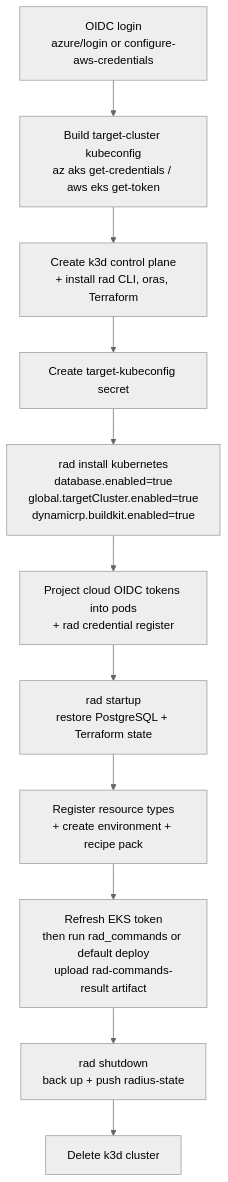
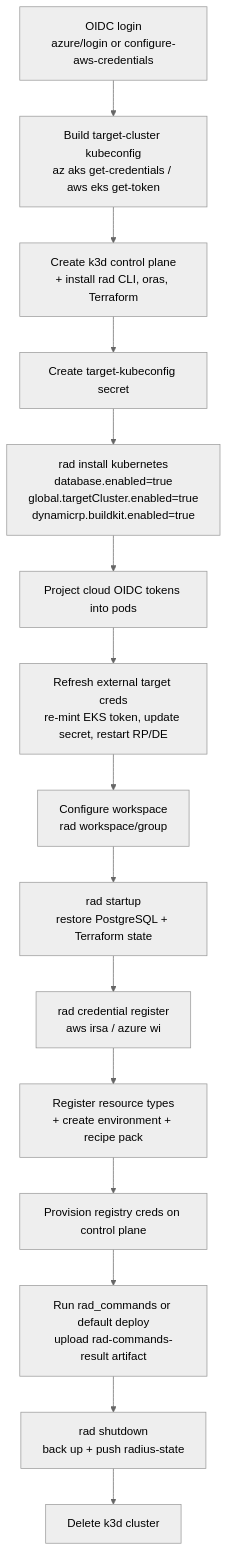
One commit to radius-project/radius changed the diagram in eng/design-notes/environments/2026-06-repo-radius-deploy-workflow.md. Above: the diagram before and after it, drawn with Mermaid (neutral theme). The commit also changed other lines of this file and 11 other files, not shown here.

````diff
--- a/eng/design-notes/environments/2026-06-repo-radius-deploy-workflow.md
+++ b/eng/design-notes/environments/2026-06-repo-radius-deploy-workflow.md
@@ -76,13 +96,17 @@
 ```mermaid
 flowchart TD
     A[OIDC login<br/>azure/login or configure-aws-credentials] --> B[Build target-cluster kubeconfig<br/>az aks get-credentials / aws eks get-token]
     B --> C[Create k3d control plane<br/>+ install rad CLI, oras, Terraform]
     C --> D[Create target-kubeconfig secret]
     D --> E[rad install kubernetes<br/>database.enabled=true<br/>global.targetCluster.enabled=true<br/>dynamicrp.buildkit.enabled=true]
-    E --> F[Project cloud OIDC tokens into pods<br/>+ rad credential register]
-    F --> G[rad startup<br/>restore PostgreSQL + Terraform state]
-    G --> H[Register resource types<br/>+ create environment + recipe pack]
-    H --> I[Refresh EKS token<br/>then run rad_commands or default deploy<br/>upload rad-commands-result artifact]
-    I --> J[rad shutdown<br/>back up + push radius-state]
-    J --> K[Delete k3d cluster]
+    E --> F[Project cloud OIDC tokens into pods]
+    F --> G[Refresh external target creds<br/>re-mint EKS token, update secret, restart RP/DE]
+    G --> H[Configure workspace<br/>rad workspace/group]
+    H --> I[rad startup<br/>restore PostgreSQL + Terraform state]
+    I --> J[rad credential register<br/>aws irsa / azure wi]
+    J --> K[Register resource types<br/>+ create environment + recipe pack]
+    K --> L[Provision registry creds on control plane]
+    L --> M[Run rad_commands or default deploy<br/>upload rad-commands-result artifact]
+    M --> N[rad shutdown<br/>back up + push radius-state]
+    N --> O[Delete k3d cluster]
 ```
````
